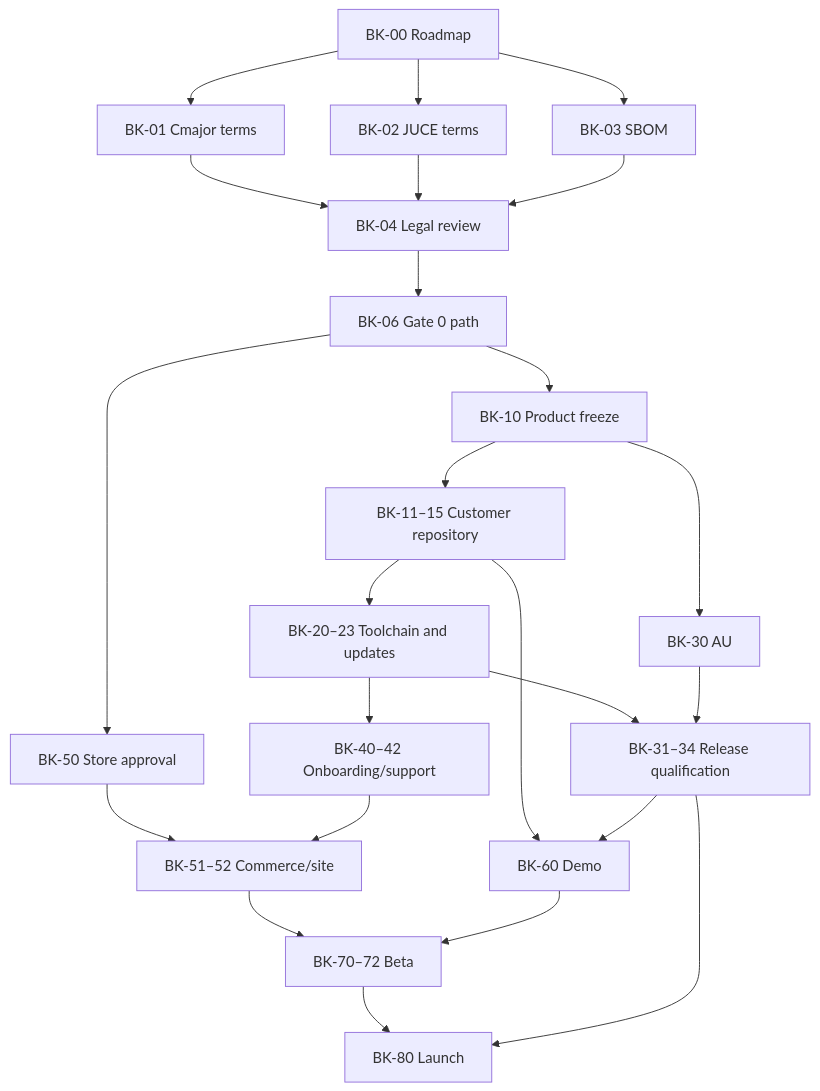
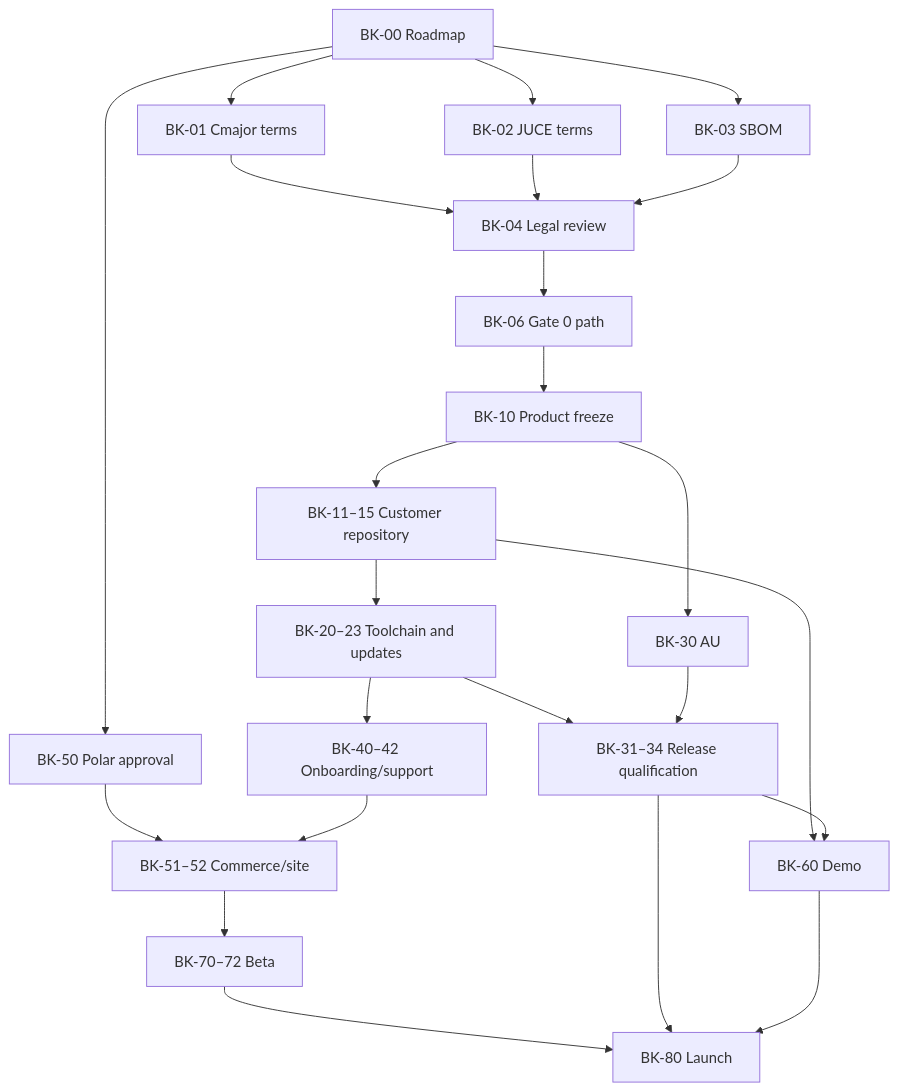
The diagram in ENHANCER_LITE_BUILDER_KIT_ROADMAP.md (androidStern-personal/cosimo-synth), drawn with Mermaid before and after one commit. The commit also changed other lines of this file and 6 other files, not shown here.

````diff
--- a/ENHANCER_LITE_BUILDER_KIT_ROADMAP.md
+++ b/ENHANCER_LITE_BUILDER_KIT_ROADMAP.md
@@ -557,26 +638,26 @@
 ```mermaid
 flowchart TD
     P[BK-00 Roadmap] --> L1[BK-01 Cmajor terms]
     P --> L2[BK-02 JUCE terms]
     P --> SBOM[BK-03 SBOM]
     L1 --> LEGAL[BK-04 Legal review]
     L2 --> LEGAL
     SBOM --> LEGAL
     LEGAL --> GO[BK-06 Gate 0 path]
+    P --> STORE[BK-50 Polar approval]
     GO --> FREEZE[BK-10 Product freeze]
-    GO --> STORE[BK-50 Store approval]
     FREEZE --> REPO[BK-11–15 Customer repository]
     REPO --> TOOL[BK-20–23 Toolchain and updates]
     FREEZE --> AU[BK-30 AU]
     TOOL --> RELEASE[BK-31–34 Release qualification]
     AU --> RELEASE
     TOOL --> DOCS[BK-40–42 Onboarding/support]
     STORE --> COMMERCE[BK-51–52 Commerce/site]
     DOCS --> COMMERCE
     REPO --> DEMO[BK-60 Demo]
     RELEASE --> DEMO
     COMMERCE --> BETA[BK-70–72 Beta]
-    DEMO --> BETA
     BETA --> LAUNCH[BK-80 Launch]
     RELEASE --> LAUNCH
+    DEMO --> LAUNCH
 ```
````
